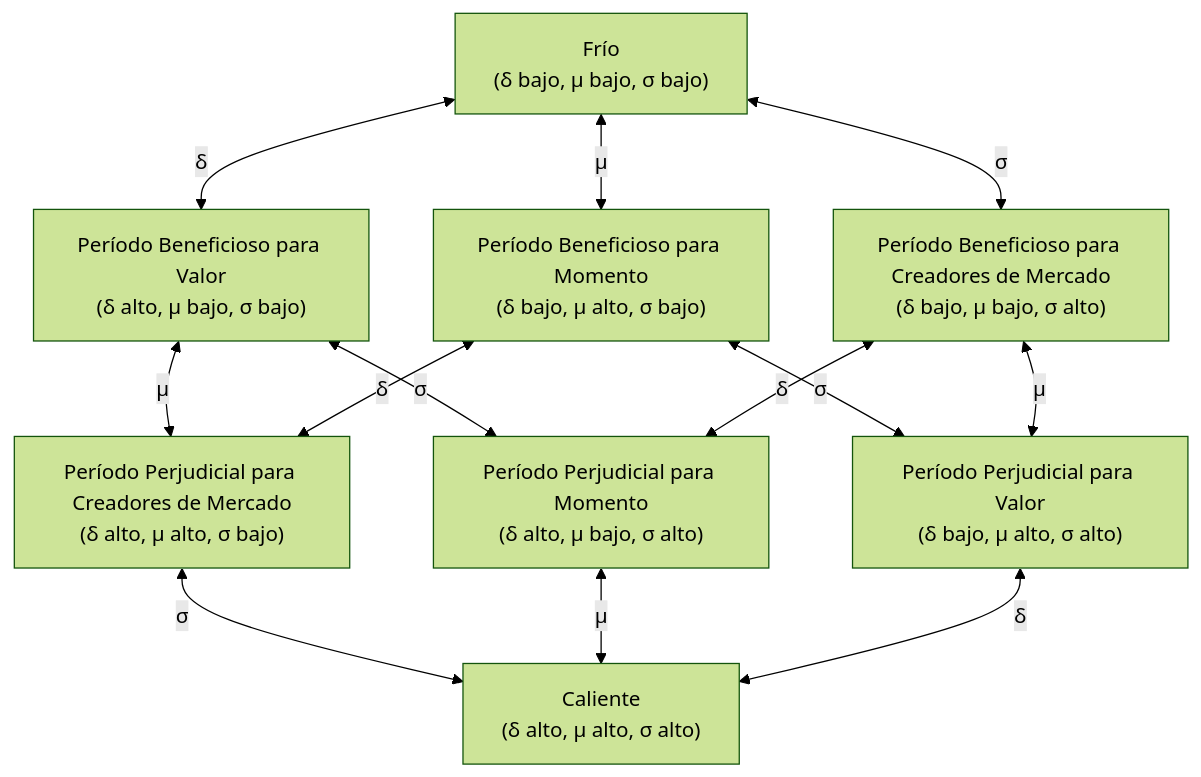
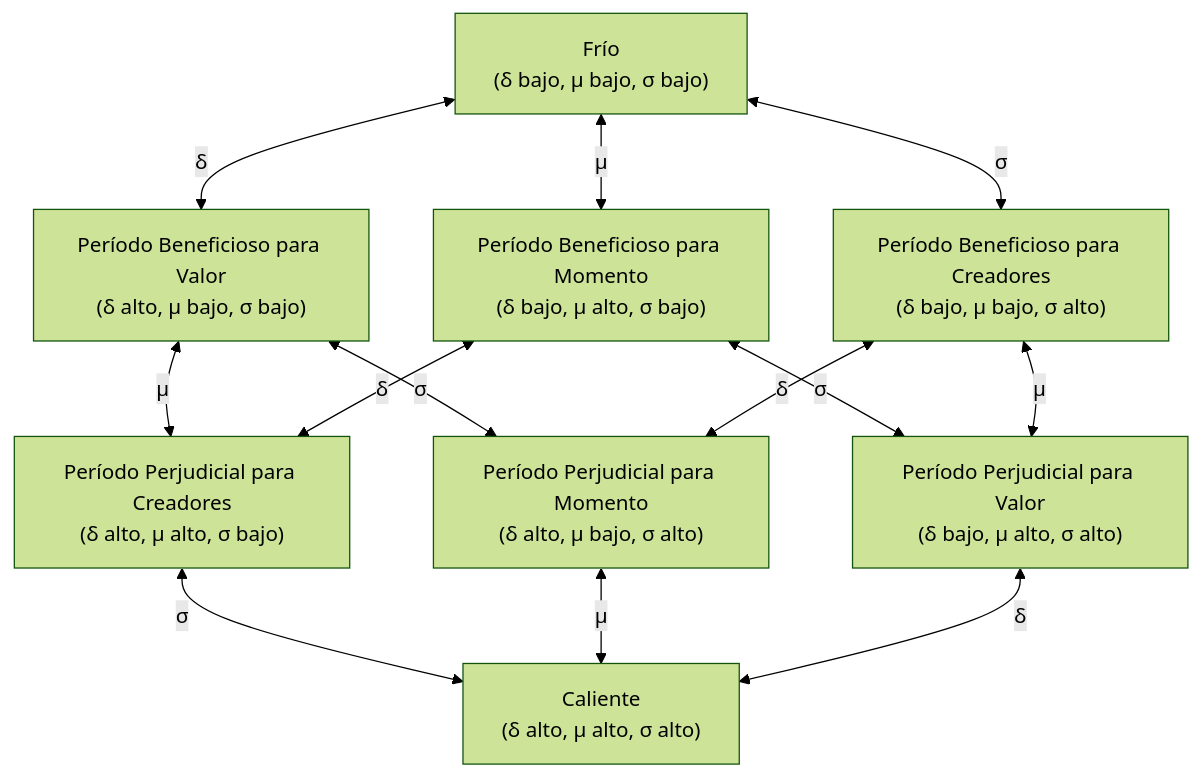
The diagram in .czon/src/es-ES/INSIGHTS/9.md (zccz14/README), drawn with Mermaid (forest theme) before and after one commit. The commit also changed other lines of this file and 5 other files, not shown here.

````diff
--- a/.czon/src/es-ES/INSIGHTS/9.md
+++ b/.czon/src/es-ES/INSIGHTS/9.md
@@ -362,26 +362,26 @@
 ```mermaid
 graph TD
     S0["Frío<br/>(δ bajo, μ bajo, σ bajo)"]
-    S1["Período Beneficioso para Creadores de Mercado<br/>(δ bajo, μ bajo, σ alto)"]
+    S1["Período Beneficioso para Creadores<br/>(δ bajo, μ bajo, σ alto)"]
     S2["Período Beneficioso para Momento<br/>(δ bajo, μ alto, σ bajo)"]
     S3["Período Perjudicial para Valor<br/>(δ bajo, μ alto, σ alto)"]
     S4["Período Beneficioso para Valor<br/>(δ alto, μ bajo, σ bajo)"]
     S5["Período Perjudicial para Momento<br/>(δ alto, μ bajo, σ alto)"]
-    S6["Período Perjudicial para Creadores de Mercado<br/>(δ alto, μ alto, σ bajo)"]
+    S6["Período Perjudicial para Creadores<br/>(δ alto, μ alto, σ bajo)"]
     S7["Caliente<br/>(δ alto, μ alto, σ alto)"]
 
     S0 <--> |"σ"| S1
     S2 <--> |"σ"| S3
     S4 <--> |"σ"| S5
     S6 <--> |"σ"| S7
 
     S0 <--> |"μ"| S2
     S1 <--> |"μ"| S3
     S4 <--> |"μ"| S6
     S5 <--> |"μ"| S7
 
     S0 <--> |"δ"| S4
     S1 <--> |"δ"| S5
     S2 <--> |"δ"| S6
     S3 <--> |"δ"| S7
 ```
````
